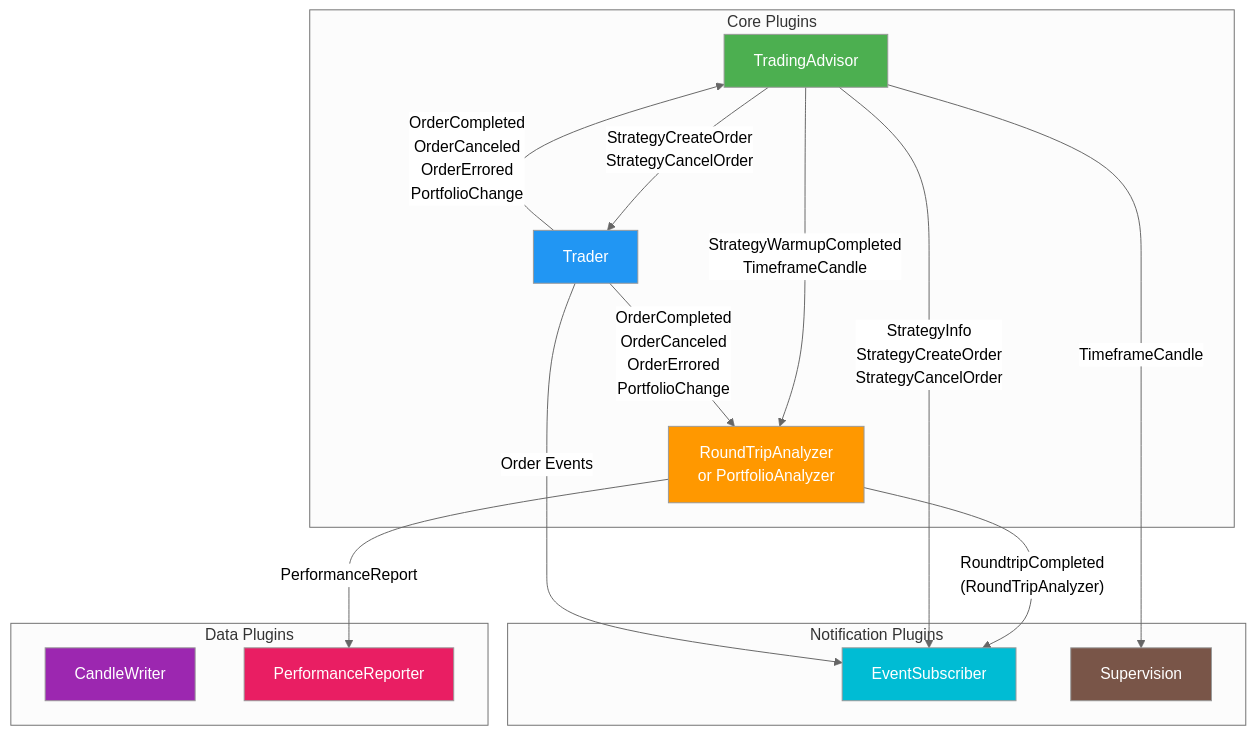
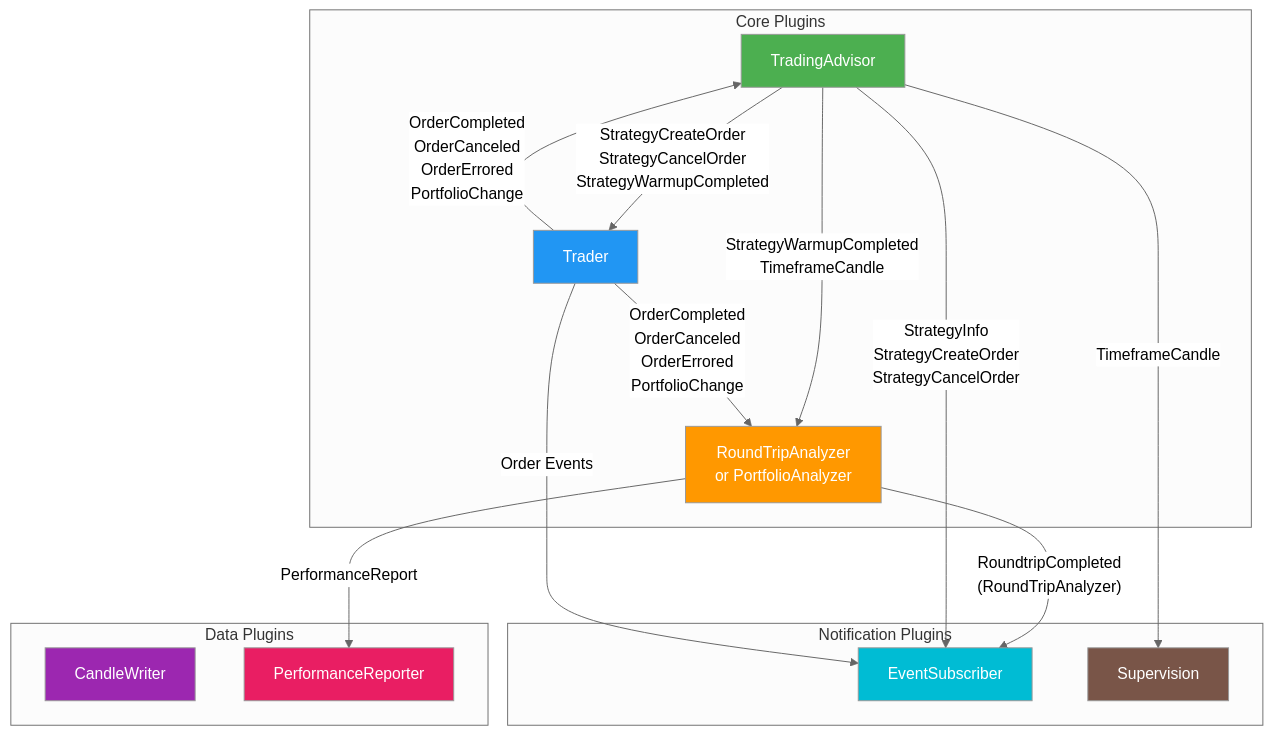
Before and after one commit to youtix/gekko: the diagram in documentation/plugins.md, drawn with Mermaid (neutral theme). The commit also changed other lines of this file, not shown here.

````diff
--- a/documentation/plugins.md
+++ b/documentation/plugins.md
@@ -689,36 +705,36 @@
 ```mermaid
 graph TD
     subgraph Core Plugins
         TA[TradingAdvisor]
         TR[Trader]
         AN["RoundTripAnalyzer<br>or PortfolioAnalyzer"]
     end
     
     subgraph Data Plugins
         CW[CandleWriter]
         PR[PerformanceReporter]
     end
     
     subgraph Notification Plugins
         ES[EventSubscriber]
         SU[Supervision]
     end
     
-    TA -->|"StrategyCreateOrder<br>StrategyCancelOrder"| TR
+    TA -->|"StrategyCreateOrder<br>StrategyCancelOrder<br>StrategyWarmupCompleted"| TR
     TA -->|"TimeframeCandle"| SU
     TR -->|"OrderCompleted<br>OrderCanceled<br>OrderErrored<br>PortfolioChange"| TA
     TA -->|"StrategyWarmupCompleted<br>TimeframeCandle"| AN
     TR -->|"OrderCompleted<br>OrderCanceled<br>OrderErrored<br>PortfolioChange"| AN
     AN -->|"PerformanceReport"| PR
     AN -->|"RoundtripCompleted<br>(RoundTripAnalyzer)"| ES
     TA -->|"StrategyInfo<br>StrategyCreateOrder<br>StrategyCancelOrder"| ES
     TR -->|"Order Events"| ES
     
     style TA fill:#4CAF50,color:white
     style TR fill:#2196F3,color:white
     style AN fill:#FF9800,color:white
     style CW fill:#9C27B0,color:white
     style PR fill:#E91E63,color:white
     style ES fill:#00BCD4,color:white
     style SU fill:#795548,color:white
 ```
````
